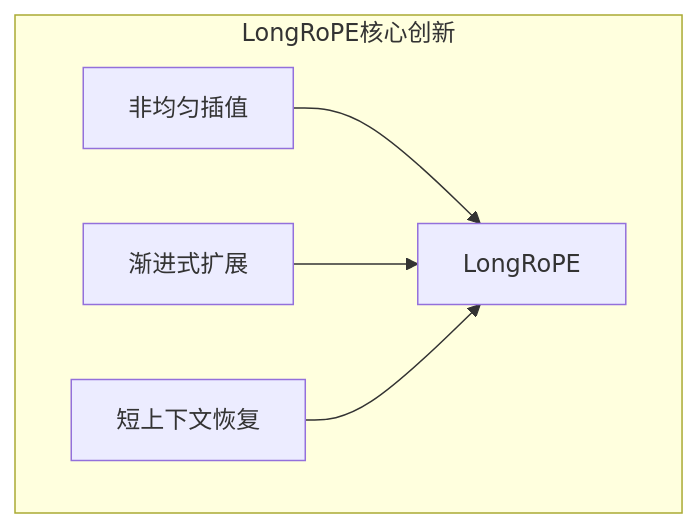
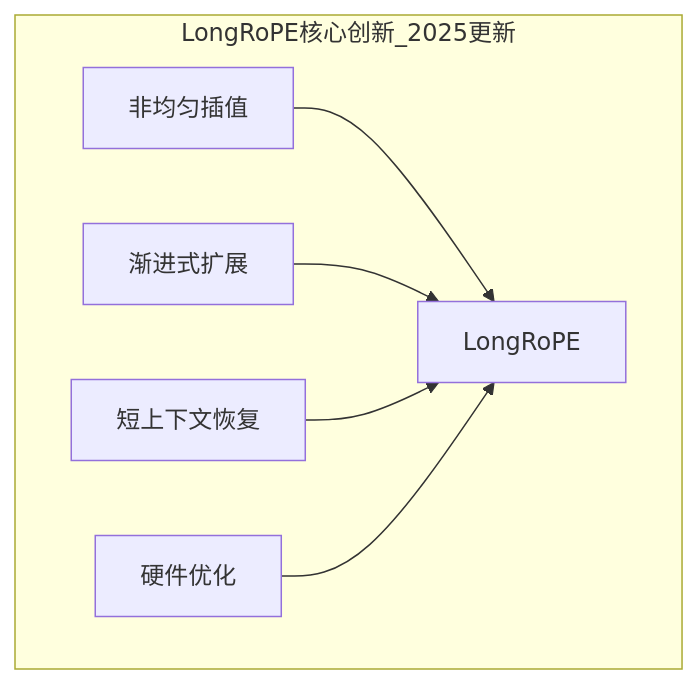
Diagram 13 of 15 in learning/website/docs/basics/04-positional-encoding.md (Xunzhuo/mini-sglang), drawn with Mermaid before and after one commit. The commit also changed other lines of this file and 7 other files, not shown here.

````diff
--- a/learning/website/docs/basics/04-positional-encoding.md
+++ b/learning/website/docs/basics/04-positional-encoding.md
@@ -284,8 +334,9 @@
 ```mermaid
 graph TB
-    subgraph LongRoPE核心创新
+    subgraph LongRoPE核心创新_2025更新
         A[非均匀插值] --> L[LongRoPE]
         B[渐进式扩展] --> L
         C[短上下文恢复] --> L
+        D[硬件优化] --> L
     end
 ```
````
